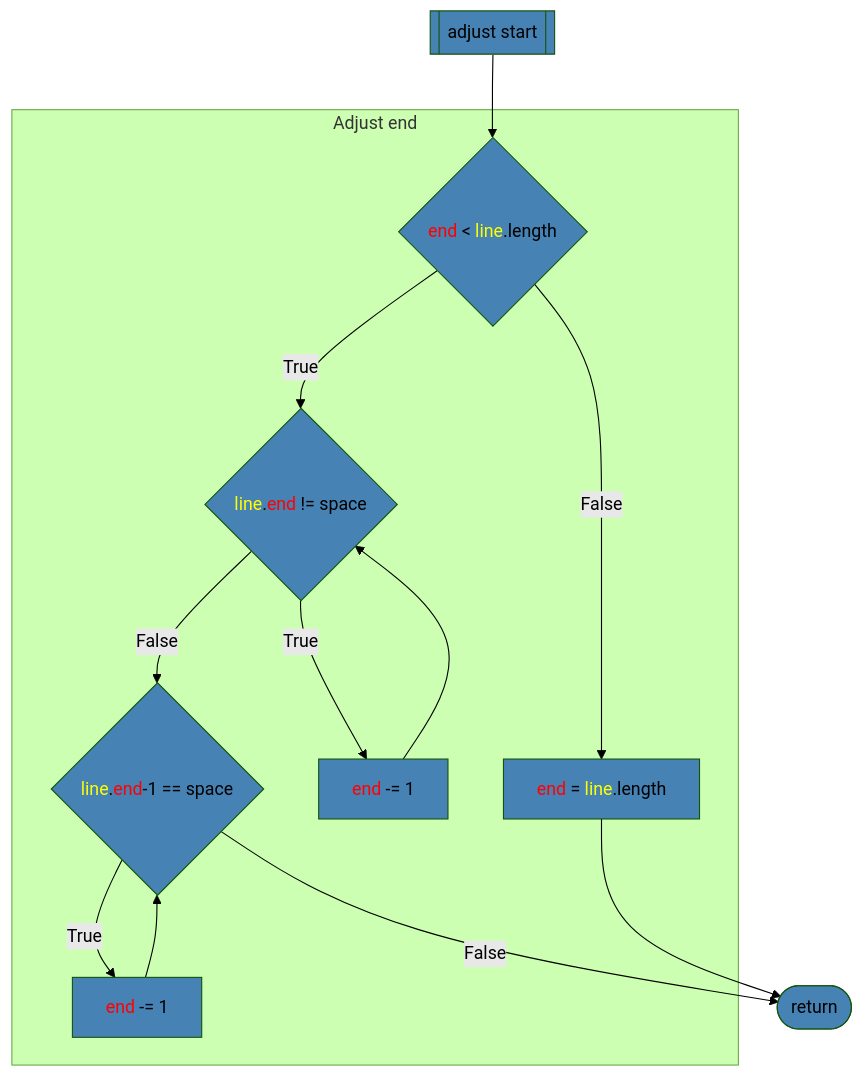
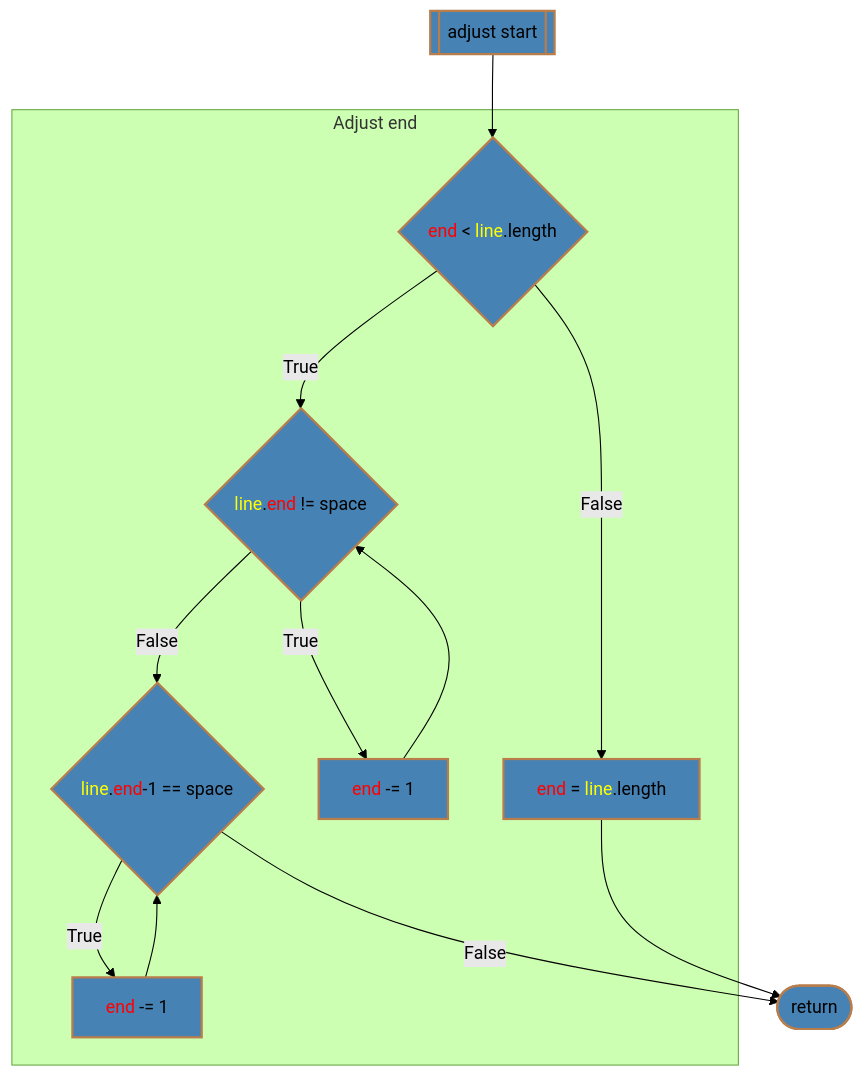
One commit to 7s4e/p3 changed the tenth of 20 diagrams in scripts/table/design.md. Above: the diagram before and after it, drawn with Mermaid (forest theme). The commit also changed other lines of this file, not shown here.

````diff
--- a/scripts/table/design.md
+++ b/scripts/table/design.md
@@ -300,28 +300,28 @@
 ```mermaid
 flowchart
-    classDef fill fill:#4682b4
-    AJS[[adjust start]]:::fill
+    classDef shape fill:#4682b4,stroke:#b97d4b,stroke-width:2px
+    AJS[[adjust start]]:::shape
         AJS --> EIL
     subgraph end [Adjust end]
         EIL{"<span style='color:red;'>end</span> < <span style='color:yellow;'
-                 >line</span>.length"}:::fill
+                 >line</span>.length"}:::shape
             EIL -- True  --> WNS
             EIL -- False --> ELL
         WNS{"<span style='color:yellow;'>line</span>.<span style=
-                 'color:red;'>end</span> != space"}:::fill
+                 'color:red;'>end</span> != space"}:::shape
             WNS -- True  --> ML1
             ML1          --> WNS
             WNS -- False --> WLS
         WLS{"<span style='color:yellow;'>line</span>.<span style=
-                 'color:red;'>end</span>-1 == space"}:::fill
+                 'color:red;'>end</span>-1 == space"}:::shape
             WLS -- True --> ML2
             ML2         --> WLS
-        ML1["<span style='color:red;'>end</span> -= 1"]:::fill
-        ML2["<span style='color:red;'>end</span> -= 1"]:::fill
+        ML1["<span style='color:red;'>end</span> -= 1"]:::shape
+        ML2["<span style='color:red;'>end</span> -= 1"]:::shape
         ELL["<span style='color:red;'>end</span> = <span style=
-                 'color:yellow;'>line</span>.length"]:::fill
+                 'color:yellow;'>line</span>.length"]:::shape
     end
-    RTN([return]):::fill
+    RTN([return]):::shape
             WLS -- False --> RTN
             ELL --> RTN
 ```
````
